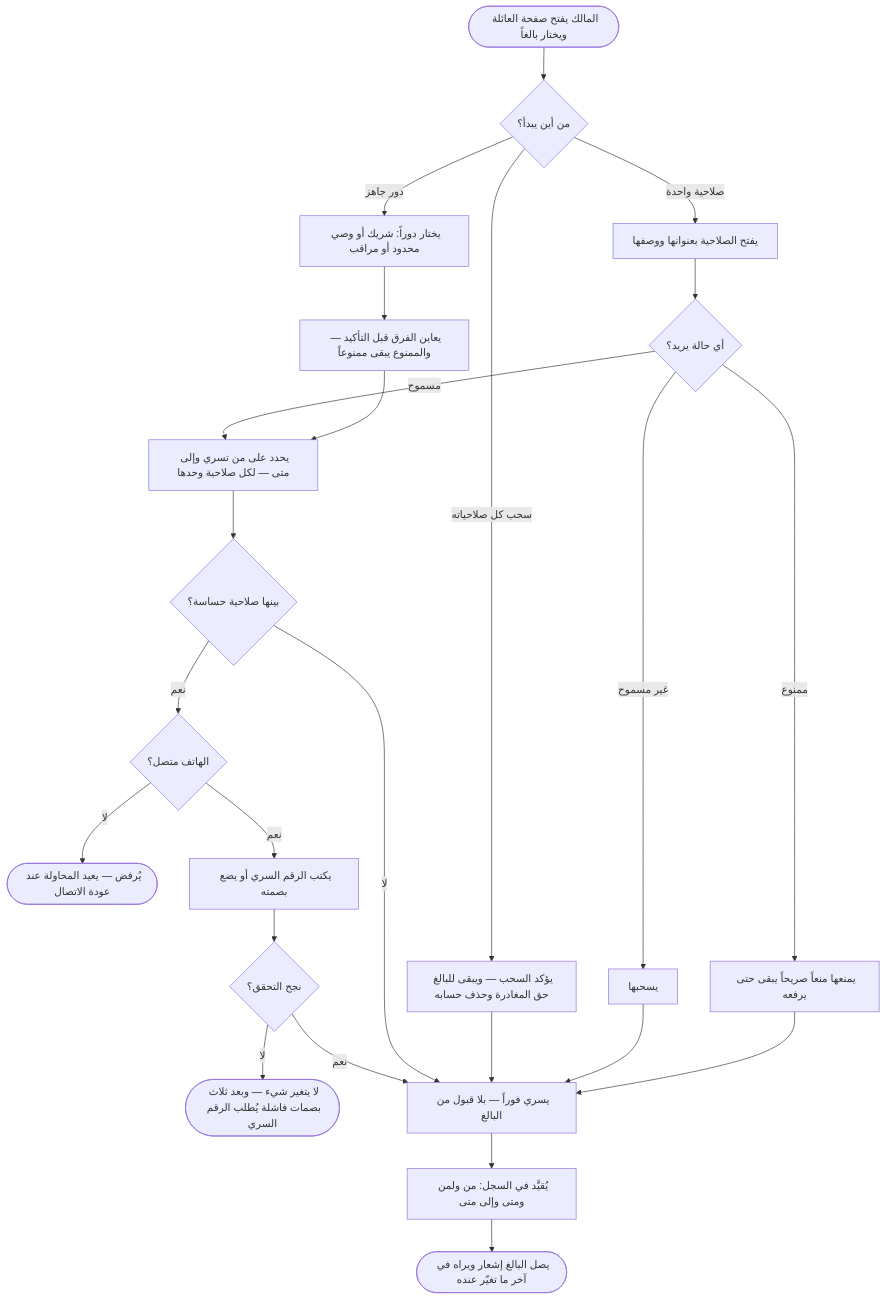
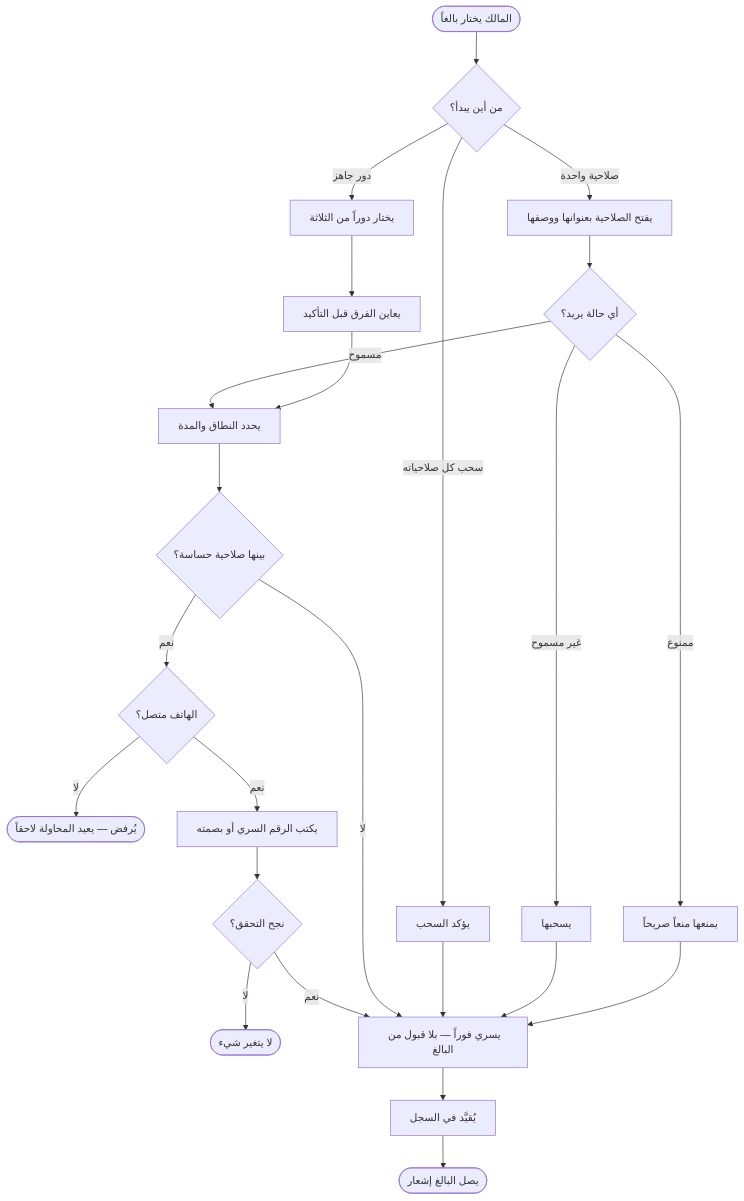
Diagram 19 of 33 in docs/family-os/governance/phases/phase-1/S1-03-family-roles-and-permissions/DIAGRAMS.md (Bassam-mohammed-alqaeadi/family-os-v2), drawn with Mermaid before and after one commit. The commit also changed other lines of this file, not shown here.

````diff
--- a/docs/family-os/governance/phases/phase-1/S1-03-family-roles-and-permissions/DIAGRAMS.md
+++ b/docs/family-os/governance/phases/phase-1/S1-03-family-roles-and-permissions/DIAGRAMS.md
@@ -715,26 +781,26 @@
 ```mermaid
 flowchart TD
-    A1([المالك يفتح صفحة العائلة ويختار بالغاً]) --> A2{من أين يبدأ؟}
+    A1([المالك يختار بالغاً]) --> A2{من أين يبدأ؟}
     A2 -->|صلاحية واحدة| A3[يفتح الصلاحية بعنوانها ووصفها]
-    A2 -->|دور جاهز| A4[يختار دوراً: شريك أو وصي محدود أو مراقب]
-    A2 -->|سحب كل صلاحياته| A5[يؤكد السحب — ويبقى للبالغ حق المغادرة وحذف حسابه]
-    A4 --> A6[يعاين الفرق قبل التأكيد — والممنوع يبقى ممنوعاً]
+    A2 -->|دور جاهز| A4[يختار دوراً من الثلاثة]
+    A2 -->|سحب كل صلاحياته| A5[يؤكد السحب]
+    A4 --> A6[يعاين الفرق قبل التأكيد]
     A3 --> A7{أي حالة يريد؟}
-    A7 -->|مسموح| A8[يحدد على من تسري وإلى متى — لكل صلاحية وحدها]
+    A7 -->|مسموح| A8[يحدد النطاق والمدة]
     A6 --> A8
     A7 -->|غير مسموح| A9[يسحبها]
-    A7 -->|ممنوع| A10[يمنعها منعاً صريحاً يبقى حتى يرفعه]
+    A7 -->|ممنوع| A10[يمنعها منعاً صريحاً]
     A8 --> A11{بينها صلاحية حساسة؟}
     A11 -->|نعم| A12{الهاتف متصل؟}
-    A12 -->|لا| A13([يُرفض — يعيد المحاولة عند عودة الاتصال])
-    A12 -->|نعم| A14[يكتب الرقم السري أو يضع بصمته]
+    A12 -->|لا| A13([يُرفض — يعيد المحاولة لاحقاً])
+    A12 -->|نعم| A14[يكتب الرقم السري أو بصمته]
     A14 --> A15{نجح التحقق؟}
-    A15 -->|لا| A16([لا يتغير شيء — وبعد ثلاث بصمات فاشلة يُطلب الرقم السري])
+    A15 -->|لا| A16([لا يتغير شيء])
     A15 -->|نعم| A17[يسري فوراً — بلا قبول من البالغ]
     A11 -->|لا| A17
     A5 --> A17
     A9 --> A17
     A10 --> A17
-    A17 --> A18[يُقيَّد في السجل: من ولمن ومتى وإلى متى]
-    A18 --> A19([يصل البالغ إشعار ويراه في آخر ما تغيّر عنده])
+    A17 --> A18[يُقيَّد في السجل]
+    A18 --> A19([يصل البالغ إشعار])
 ```
````
